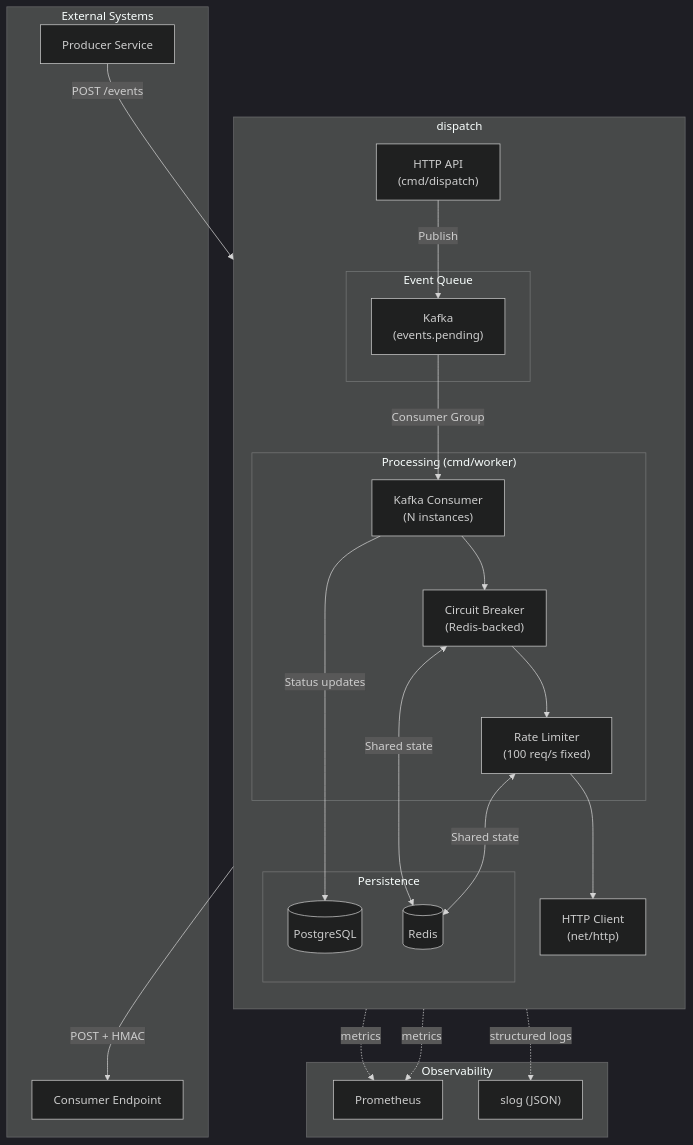
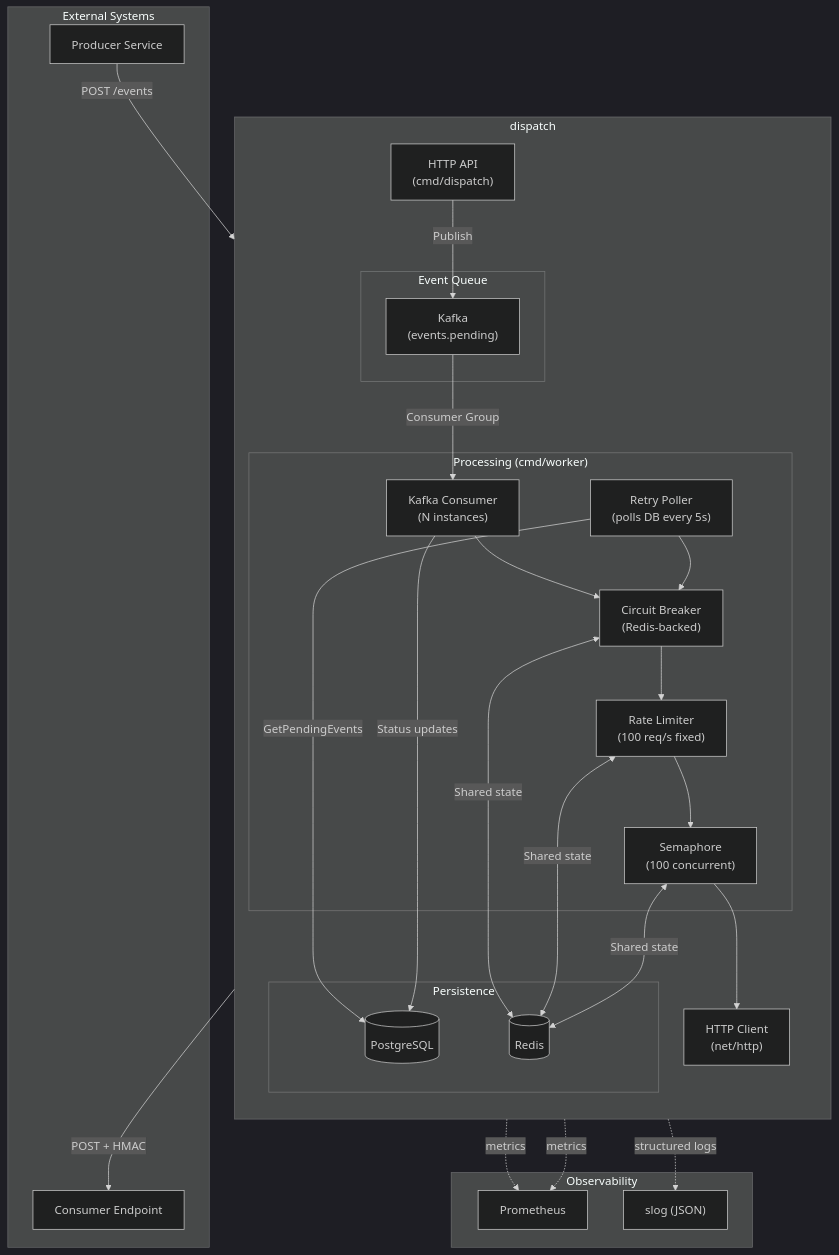
The first of 12 diagrams in docs/architecture.md (felipepmaragno/webhook-service), drawn with Mermaid (dark theme) before and after one commit. The commit also changed other lines of this file and 3 other files, not shown here.

First line of the commit message:
docs: add ADR 013 and update architecture diagrams

````diff
--- a/docs/architecture.md
+++ b/docs/architecture.md
@@ -7,49 +7,55 @@
 ```mermaid
 flowchart TB
     subgraph External["External Systems"]
         Producer["Producer Service"]
         Consumer["Consumer Endpoint"]
     end
 
     subgraph Dispatch["dispatch"]
         direction TB
         API["HTTP API<br/>(cmd/dispatch)"]
         
         subgraph Queue["Event Queue"]
             Kafka["Kafka<br/>(events.pending)"]
         end
         
         subgraph Processing["Processing (cmd/worker)"]
             Workers["Kafka Consumer<br/>(N instances)"]
+            RetryPoller["Retry Poller<br/>(polls DB every 5s)"]
             CB["Circuit Breaker<br/>(Redis-backed)"]
             RL["Rate Limiter<br/>(100 req/s fixed)"]
+            Sem["Semaphore<br/>(100 concurrent)"]
         end
         
         subgraph Storage["Persistence"]
             DB[(PostgreSQL)]
             Redis[(Redis)]
         end
         
         Delivery["HTTP Client<br/>(net/http)"]
     end
 
     subgraph Observability["Observability"]
         Metrics["Prometheus"]
         Logs["slog (JSON)"]
     end
 
     Producer -->|"POST /events"| API
     API -->|"Publish"| Kafka
     Kafka -->|"Consumer Group"| Workers
     Workers --> CB
+    RetryPoller -->|"GetPendingEvents"| DB
+    RetryPoller --> CB
     CB --> RL
-    RL --> Delivery
+    RL --> Sem
+    Sem --> Delivery
     Delivery -->|"POST + HMAC"| Consumer
     Workers -->|"Status updates"| DB
     CB <-->|"Shared state"| Redis
     RL <-->|"Shared state"| Redis
+    Sem <-->|"Shared state"| Redis
     
     API -.->|metrics| Metrics
     Workers -.->|metrics| Metrics
     Delivery -.->|structured logs| Logs
 ```
````
